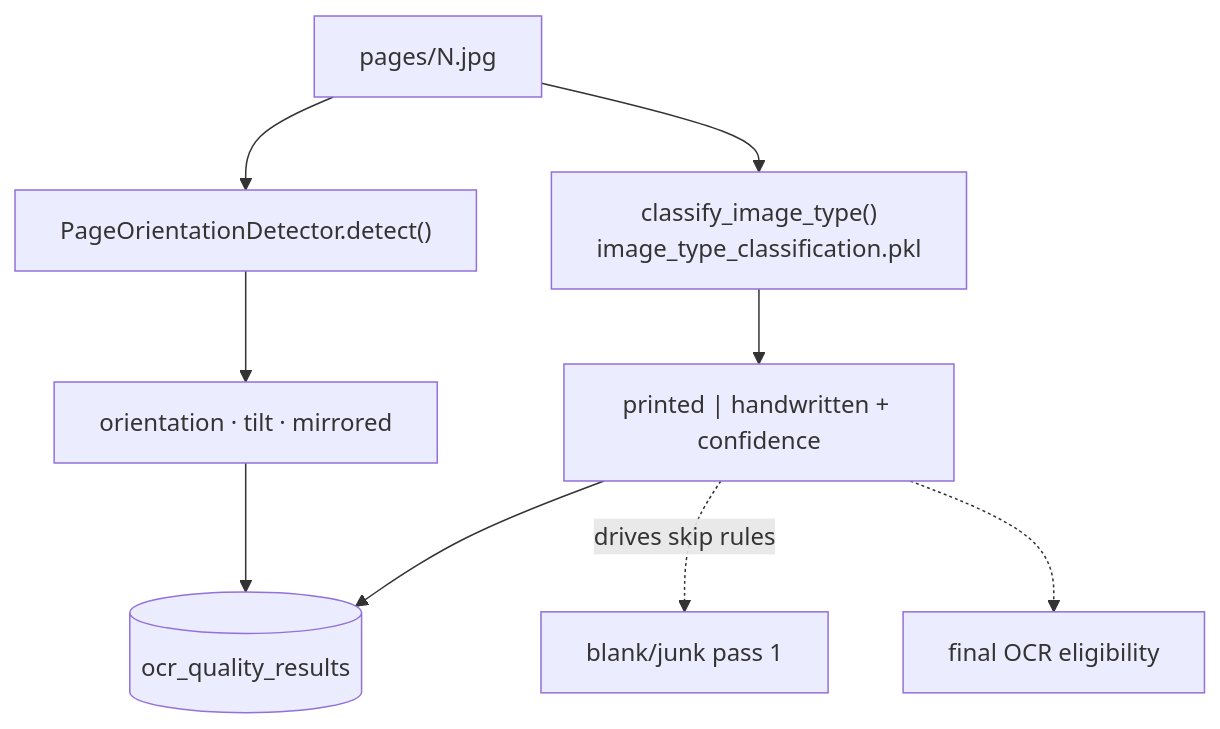
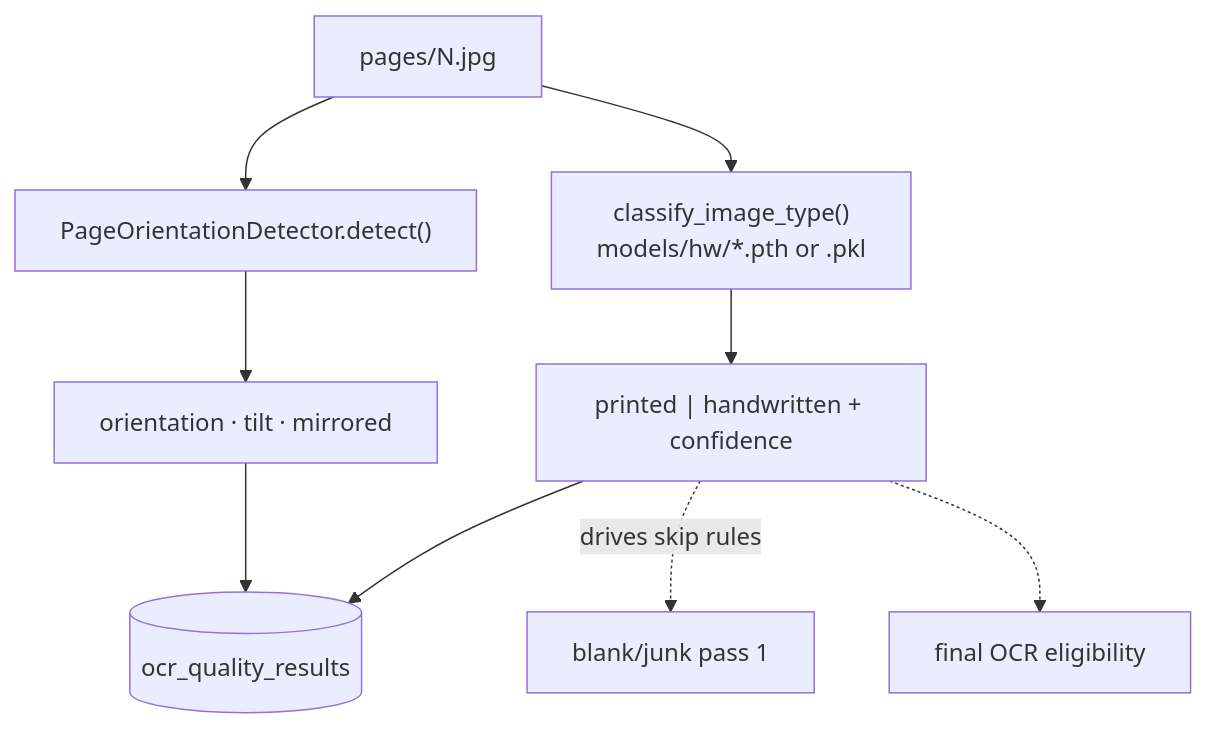
One commit to abhinavdg-ever/model-repo changed the second of 7 diagrams in docs/LOGIC.md. Above: the diagram before and after it, drawn with Mermaid. The commit also changed 43 other files, not shown here.

First line of the commit message:
Consolidate chart APIs to run/batch-run and harden review/OCR paths.

````diff
--- a/docs/LOGIC.md
+++ b/docs/LOGIC.md
@@ -64,11 +64,11 @@
 ```mermaid
 flowchart TD
   IMG["pages/N.jpg"] --> R["PageOrientationDetector.detect()"]
-  IMG --> H["classify_image_type()<br/>image_type_classification.pkl"]
+  IMG --> H["classify_image_type()<br/>models/hw/*.pth or .pkl"]
   R --> RES["orientation · tilt · mirrored"]
   H --> HRES["printed | handwritten + confidence"]
   RES --> Q[("ocr_quality_results")]
   HRES --> Q
   HRES -.->|"drives skip rules"| BJ["blank/junk pass 1"]
   HRES -.-> F["final OCR eligibility"]
 ```
````
